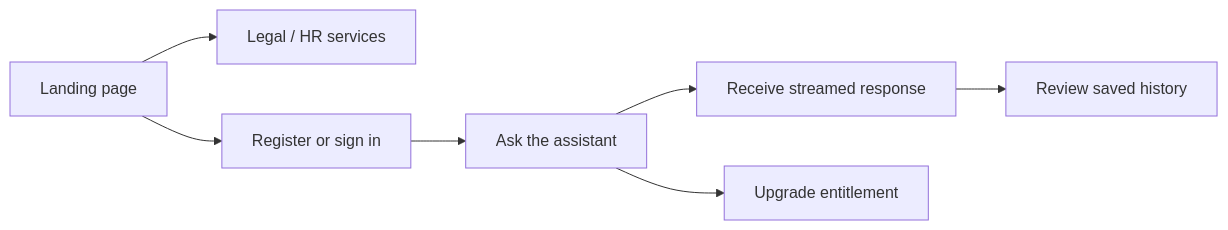
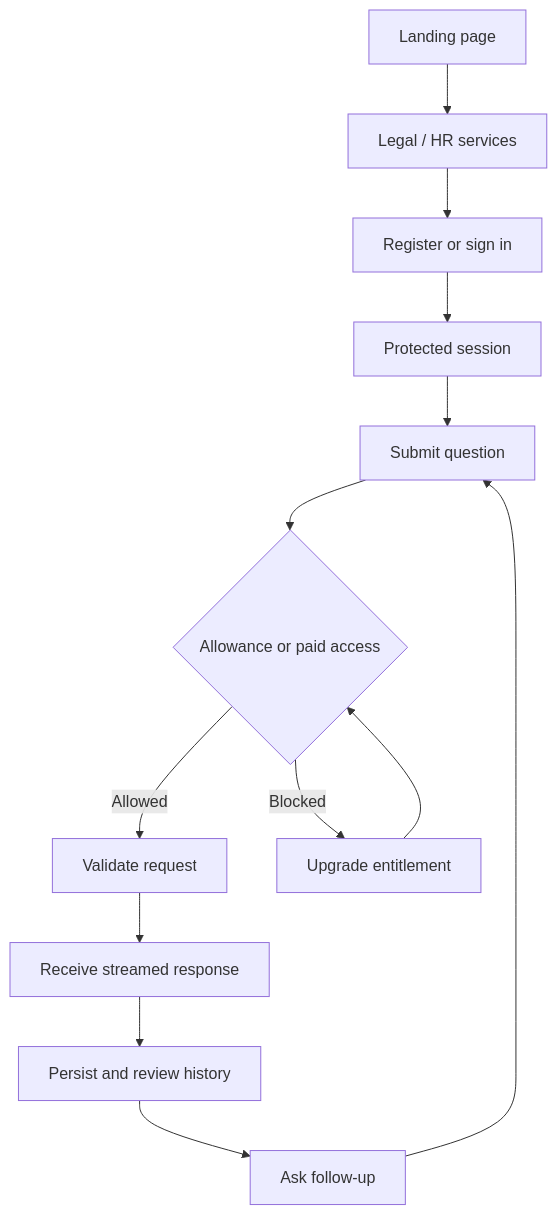
One commit to kajolmehra/counsel changed the diagram in docs/USER-FLOWS.md. Above: the diagram before and after it, drawn with Mermaid. The commit also changed other lines of this file and 1 other file, not shown here.

````diff
--- a/docs/USER-FLOWS.md
+++ b/docs/USER-FLOWS.md
@@ -3,9 +3,15 @@
 ```mermaid
-flowchart LR
+flowchart TB
     Landing[Landing page] --> Services[Legal / HR services]
-    Landing --> Auth[Register or sign in]
-    Auth --> Assistant[Ask the assistant]
-    Assistant --> Response[Receive streamed response]
-    Response --> Saved[Review saved history]
-    Assistant --> Pay[Upgrade entitlement]
+    Services --> Auth[Register or sign in]
+    Auth --> Session[Protected session]
+    Session --> Question[Submit question]
+    Question --> Limit{Allowance or paid access}
+    Limit -->|Allowed| Validate[Validate request]
+    Limit -->|Blocked| Pay[Upgrade entitlement]
+    Pay --> Limit
+    Validate --> Response[Receive streamed response]
+    Response --> Saved[Persist and review history]
+    Saved --> FollowUp[Ask follow-up]
+    FollowUp --> Question
 ```
````
